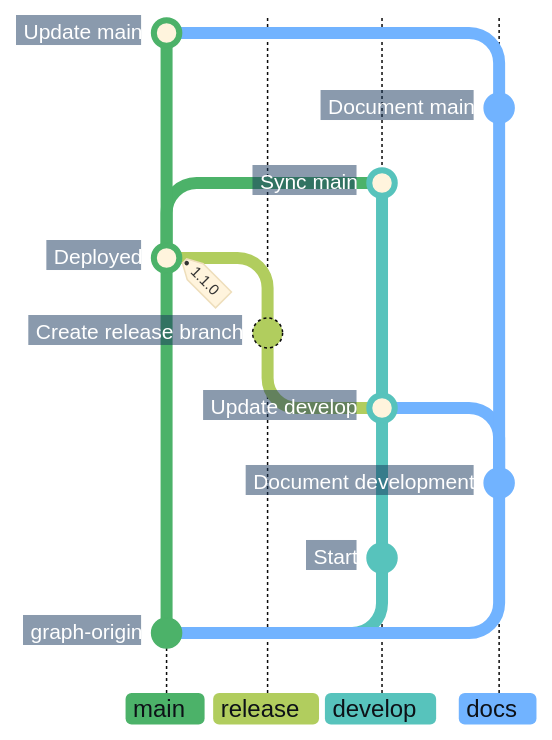
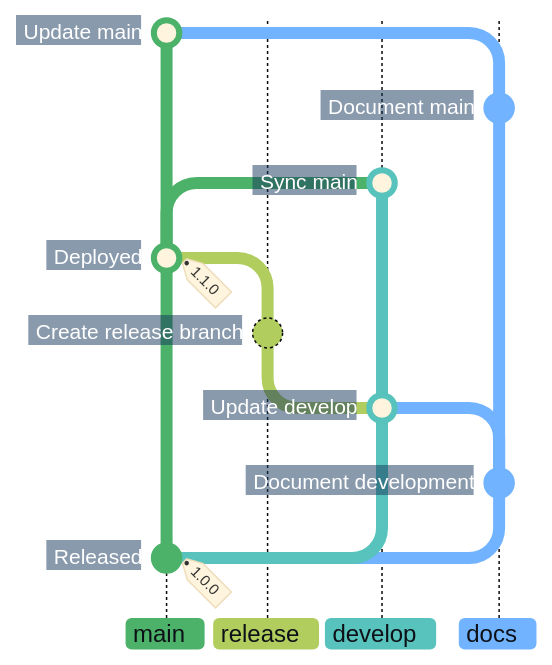
Before and after one commit to superhero/operations.superduper.solutions: the fifth of 5 diagrams in docs/adr/cicd.md, drawn with Mermaid.

Commit message:
docs: remove the initial develop commit from the docs graph

````diff
--- a/docs/adr/cicd.md
+++ b/docs/adr/cicd.md
@@ -172,29 +172,28 @@
 ```mermaid
-%%{init: {"theme": "base", "themeCSS": "line.branch { stroke: #8B949E; stroke-width: 1px; stroke-dasharray: 1 4; stroke-linecap: round; } .branchLabel, .tag-label { font-weight: 700; } .tag-label-bkg, .commit-label-bkg { opacity: 0.9; } .tag-label-bkg { fill: #B8E6C4; stroke: #8ED3A2; } .branchLabelBkg { opacity: 1; clip-path: inset(0 8px 0 0 round 4px) fill-box; } .commit-labels g:nth-last-of-type(-n+2), .commit.graph-origin { visibility: hidden; } .commit-labels g { transform-box: fill-box; transform-origin: calc(100% + 17px) calc(50% + 2px); transform: rotate(-10deg); } .commit-label { font-weight: 700; transform: translateX(-8px); } .commit-label-bkg { stroke: #17365D; stroke-width: 20px; transform: translateX(-5px); clip-path: polygon(-4px -4px, calc(100% + 4px) -4px, calc(100% + 10px) 50%, calc(100% + 4px) calc(100% + 4px), -4px calc(100% + 4px)) fill-box; } .commit.branch { stroke: #B1CD5E; stroke-dasharray: none; }", "gitGraph": {"showCommitLabel": true, "rotateCommitLabel": false}, "themeVariables": {
+%%{init: {"theme": "base", "themeCSS": "line.branch { stroke: #8B949E; stroke-width: 1px; stroke-dasharray: 1 4; stroke-linecap: round; } .branchLabel, .tag-label { font-weight: 700; } .tag-label-bkg, .commit-label-bkg { opacity: 0.9; } .tag-label-bkg { fill: #B8E6C4; stroke: #8ED3A2; } .branchLabelBkg { opacity: 1; clip-path: inset(0 8px 0 0 round 4px) fill-box; } .commit-labels g:last-of-type { visibility: hidden; } .commit-labels g { transform-box: fill-box; transform-origin: calc(100% + 17px) calc(50% + 2px); transform: rotate(-10deg); } .commit-label { font-weight: 700; transform: translateX(-8px); } .commit-label-bkg { stroke: #17365D; stroke-width: 20px; transform: translateX(-5px); clip-path: polygon(-4px -4px, calc(100% + 4px) -4px, calc(100% + 10px) 50%, calc(100% + 4px) calc(100% + 4px), -4px calc(100% + 4px)) fill-box; } .commit.branch { stroke: #B1CD5E; stroke-dasharray: none; }", "gitGraph": {"showCommitLabel": true, "rotateCommitLabel": false}, "themeVariables": {
     "commitLabelFontSize": "14px", "commitLabelColor": "#FFFFFF", "commitLabelBackground": "#17365D",
     "git0": "#4CB269", "gitBranchLabel0": "#0D1117",
     "git1": "#B1CD5E", "gitBranchLabel1": "#0D1117",
     "git2": "#57C3BC", "gitBranchLabel2": "#0D1117",
     "git3": "#71B3FF", "gitBranchLabel3": "#0D1117"
 }}}%%
 gitGraph BT:
-    %% Keep an invisible root for the branch connections; hide both initial notes.
-    commit id: "graph-origin"
+    %% Hide the initial note while retaining its commit connection and tag.
+    commit id: "Released" tag: "1.0.0"
     branch develop order: 2
-    commit id: "Start"
     checkout main
     branch docs order: 3
     commit id: "Document development"
     checkout develop
     merge docs id: "Update develop"
     branch release order: 1
     commit id: "Create release branch"
     checkout main
     merge release id: "Deployed" tag: "1.1.0"
     checkout develop
     merge main id: "Sync main"
     checkout docs
     commit id: "Document main"
     checkout main
     merge docs id: "Update main"
 ```
````
